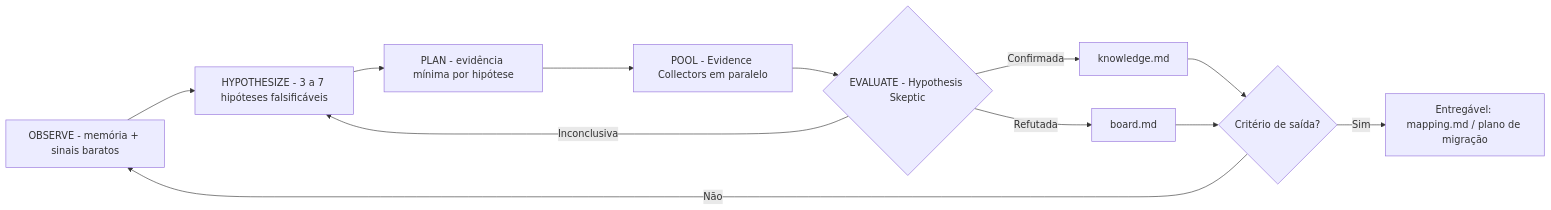
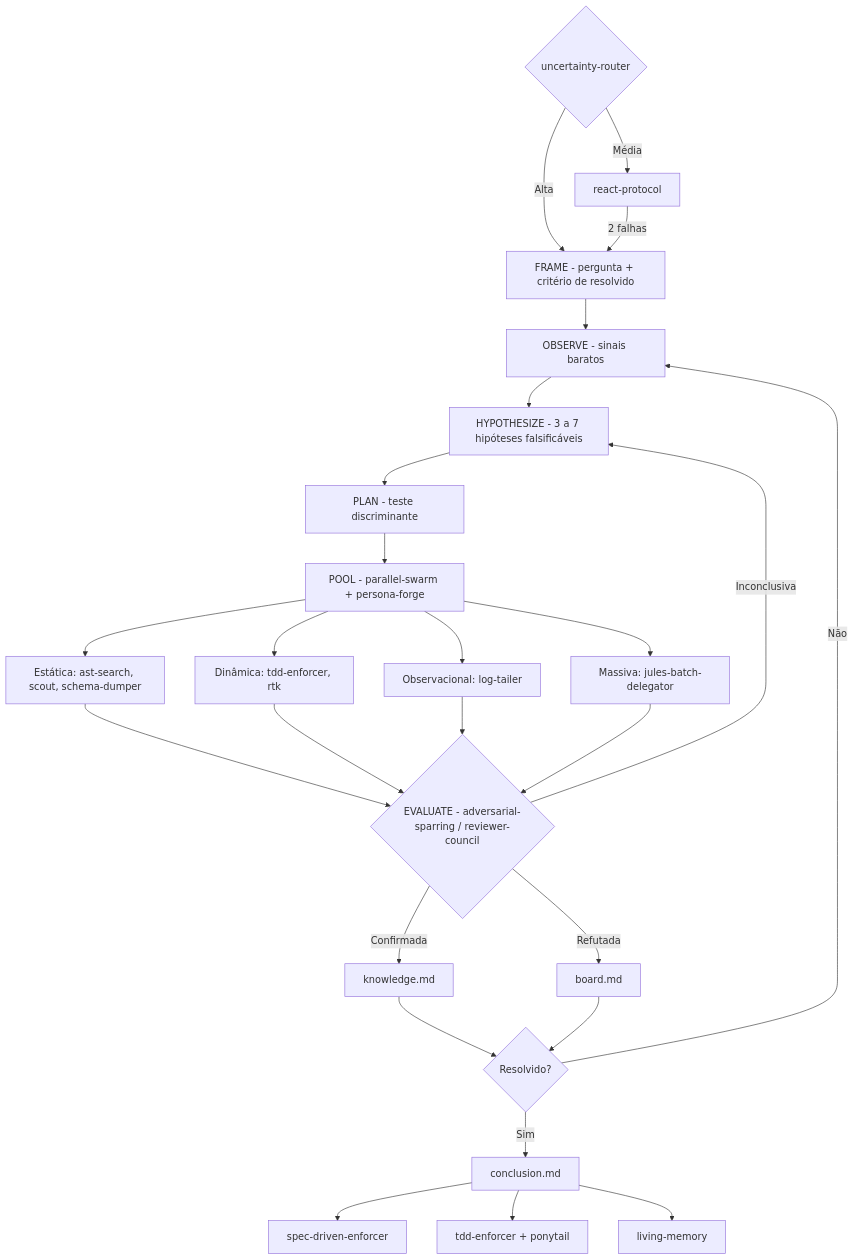
The third of 3 diagrams in README.md (Helfstein-one/event-horizon-skill), drawn with Mermaid before and after one commit. The commit also changed other lines of this file and 12 other files, not shown here.

Commit message:
refactor: make hypothesis loop and personas domain-agnostic; add uncertainty-router; wire skill integrations

````diff
--- a/README.md
+++ b/README.md
@@ -189,14 +205,28 @@
 ```mermaid
-flowchart LR
-    O["OBSERVE - memória + sinais baratos"] --> H["HYPOTHESIZE - 3 a 7 hipóteses falsificáveis"]
-    H --> P["PLAN - evidência mínima por hipótese"]
-    P --> POOL["POOL - Evidence Collectors em paralelo"]
-    POOL --> E{"EVALUATE - Hypothesis Skeptic"}
+flowchart TD
+    R{"uncertainty-router"} -- "Alta" --> F["FRAME - pergunta + critério de resolvido"]
+    R -- "Média" --> RA["react-protocol"]
+    RA -- "2 falhas" --> F
+    F --> O["OBSERVE - sinais baratos"]
+    O --> H["HYPOTHESIZE - 3 a 7 hipóteses falsificáveis"]
+    H --> P["PLAN - teste discriminante"]
+    P --> POOL["POOL - parallel-swarm + persona-forge"]
+    POOL --> T1["Estática: ast-search, scout, schema-dumper"]
+    POOL --> T2["Dinâmica: tdd-enforcer, rtk"]
+    POOL --> T3["Observacional: log-tailer"]
+    POOL --> T4["Massiva: jules-batch-delegator"]
+    T1 --> E{"EVALUATE - adversarial-sparring / reviewer-council"}
+    T2 --> E
+    T3 --> E
+    T4 --> E
     E -- "Confirmada" --> K["knowledge.md"]
     E -- "Refutada" --> B["board.md"]
     E -- "Inconclusiva" --> H
-    K --> X{"Critério de saída?"}
+    K --> X{"Resolvido?"}
     B --> X
     X -- "Não" --> O
-    X -- "Sim" --> D["Entregável: mapping.md / plano de migração"]
+    X -- "Sim" --> C["conclusion.md"]
+    C --> S["spec-driven-enforcer"]
+    C --> TB["tdd-enforcer + ponytail"]
+    C --> LM["living-memory"]
 ```
````
